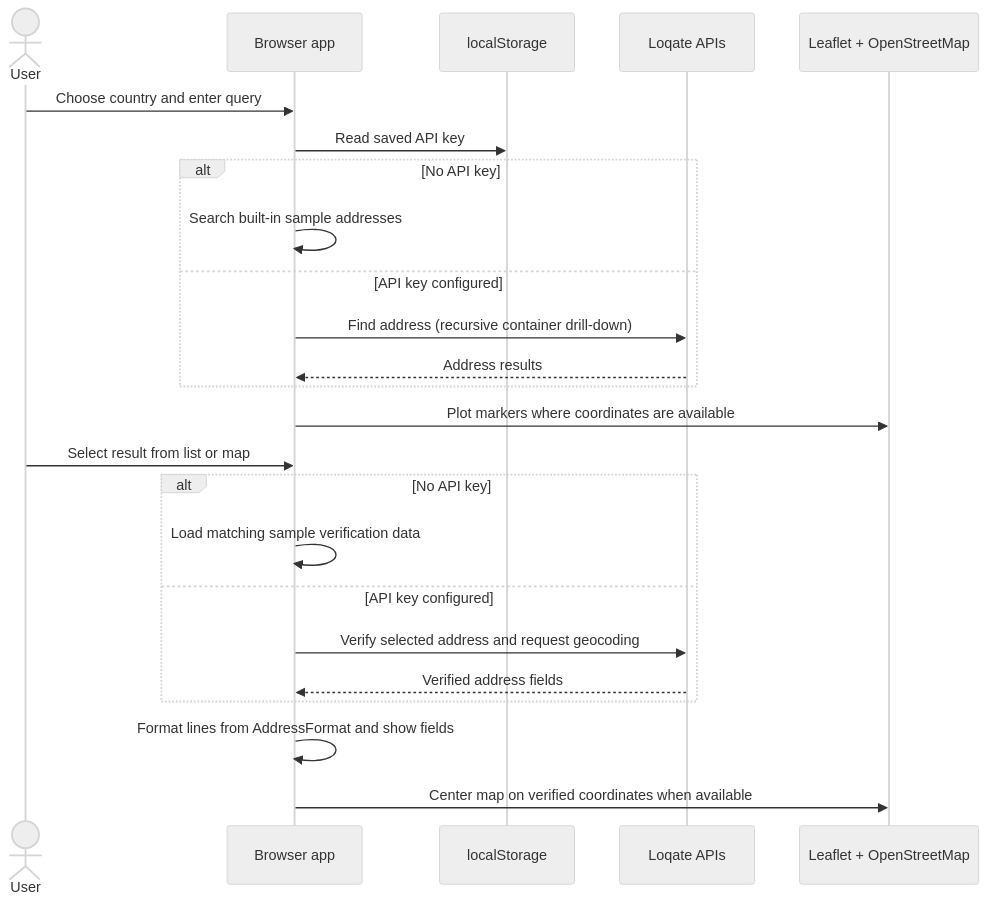
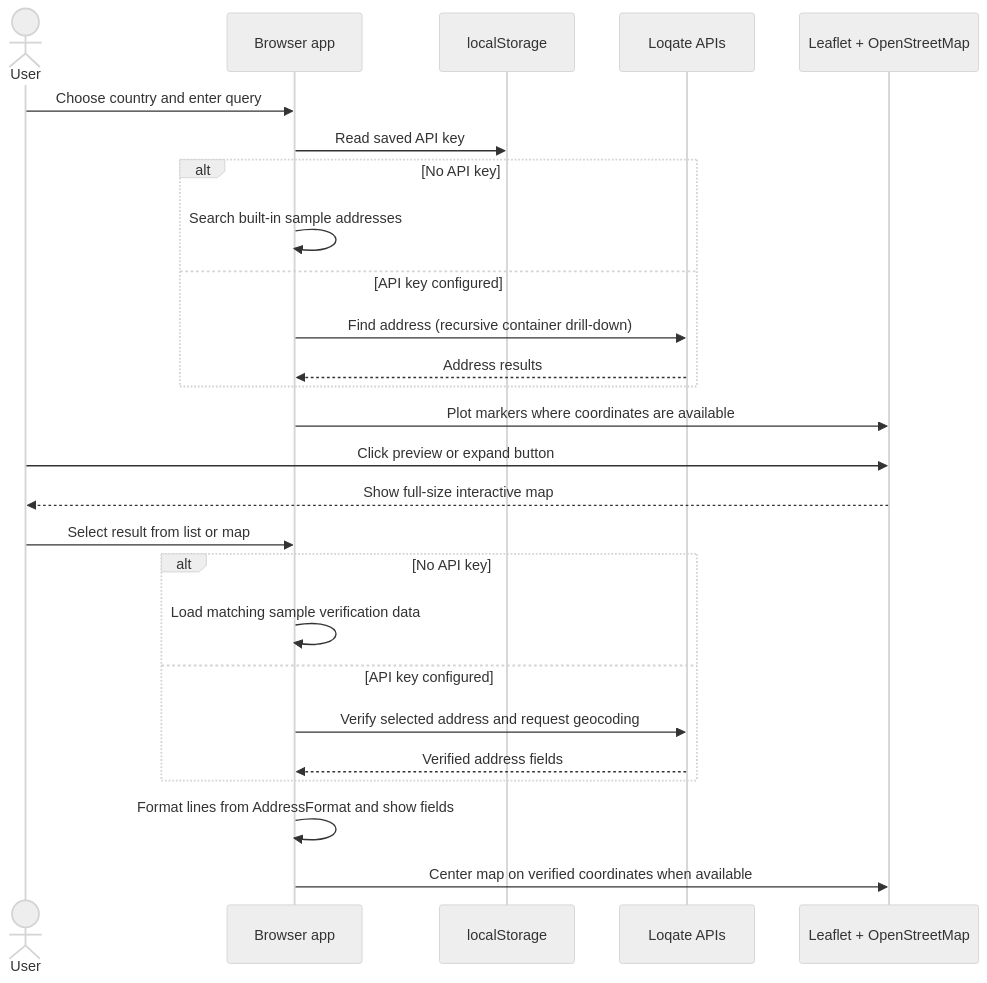
The second of 2 diagrams in POC-Documentation-Vault/projects/Address/Poc-Design.md (newportg/POC-Documentation), drawn with Mermaid (neutral theme) before and after one commit. The commit also changed other lines of this file, not shown here.

Commit message:
Document Address map preview behavior

````diff
--- a/POC-Documentation-Vault/projects/Address/Poc-Design.md
+++ b/POC-Documentation-Vault/projects/Address/Poc-Design.md
@@ -36,27 +36,29 @@
 ```mermaid
 sequenceDiagram
     actor User
     participant App as Browser app
     participant Store as localStorage
     participant Loqate as Loqate APIs
     participant Map as Leaflet + OpenStreetMap
 
     User->>App: Choose country and enter query
     App->>Store: Read saved API key
     alt No API key
         App->>App: Search built-in sample addresses
     else API key configured
         App->>Loqate: Find address (recursive container drill-down)
         Loqate-->>App: Address results
     end
     App->>Map: Plot markers where coordinates are available
+    User->>Map: Click preview or expand button
+    Map-->>User: Show full-size interactive map
     User->>App: Select result from list or map
     alt No API key
         App->>App: Load matching sample verification data
     else API key configured
         App->>Loqate: Verify selected address and request geocoding
         Loqate-->>App: Verified address fields
     end
     App->>App: Format lines from AddressFormat and show fields
     App->>Map: Center map on verified coordinates when available
 ```
````
